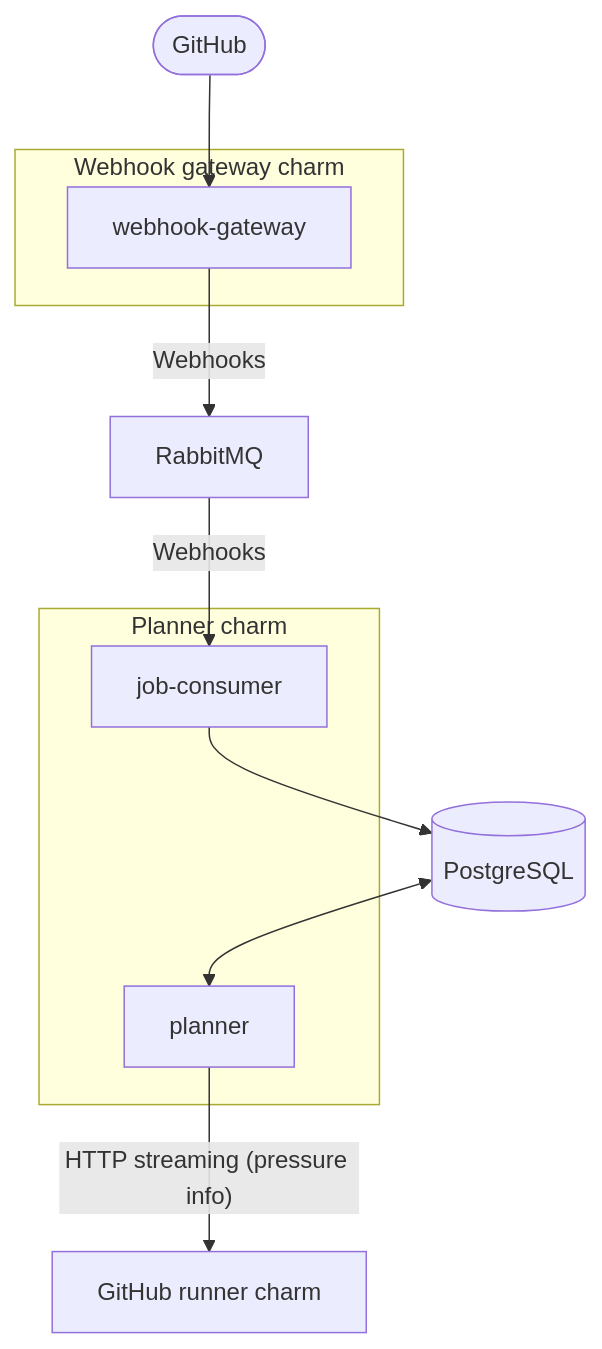
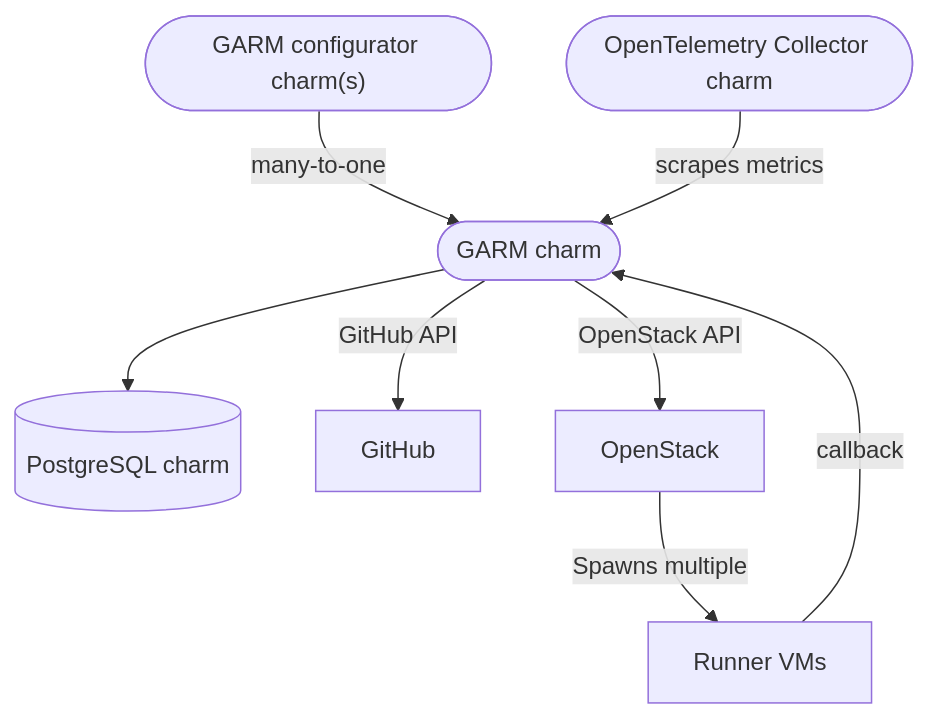
One commit to canonical/github-runner-operators changed the diagram in docs/reference/architecture.md. Above: the diagram before and after it, drawn with Mermaid. The commit also changed other lines of this file and 1 other file, not shown here.

Commit message:
Update the architecture docs according to GARM (#384)

````diff
--- a/docs/reference/architecture.md
+++ b/docs/reference/architecture.md
@@ -9,22 +7,10 @@
 ```mermaid
 flowchart TD
-  GH(["GitHub"]) --> WG_WEBHOOK["webhook-gateway"]
-
-  subgraph WG["Webhook gateway charm"]
-    WG_WEBHOOK
-  end
-
-  WG_WEBHOOK -->|Webhooks| MQ["RabbitMQ"]
-
-  subgraph PL["Planner charm"]
-    PL_CONSUMER["job-consumer"]
-    PL_API["planner"]
-  end
-
-  MQ -->|Webhooks| PL_CONSUMER
-
-  PL_CONSUMER --> PG[(PostgreSQL)]
-  PG <--> PL_API
-
-  PL_API -->|"HTTP streaming (pressure info)"| GR["GitHub runner charm"]
+  G(["GARM charm"]) --> PG[("PostgreSQL charm")]
+  GC(["GARM configurator charm(s)"]) -->|many-to-one| G
+  G -->|GitHub API| GH["GitHub"]
+  G -->|OpenStack API| OS["OpenStack"]
+  OS -->|Spawns multiple| RUN["Runner VMs"]
+  RUN -->|callback| G
+  COS(["OpenTelemetry Collector charm"]) -->|scrapes metrics| G
 ```
````
